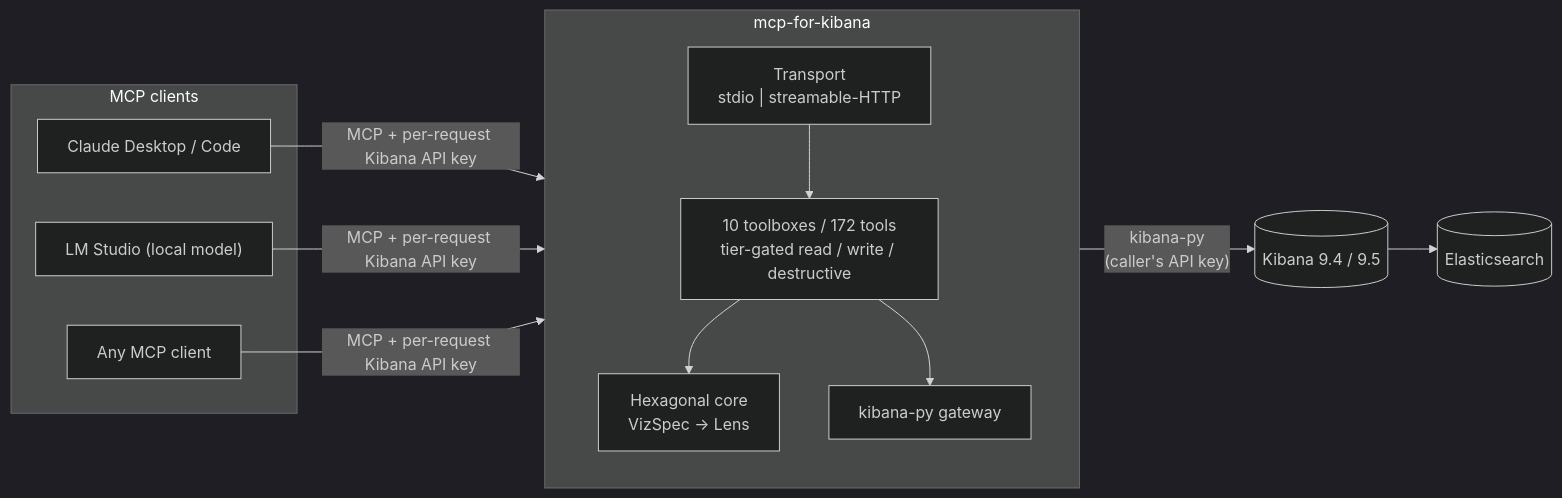
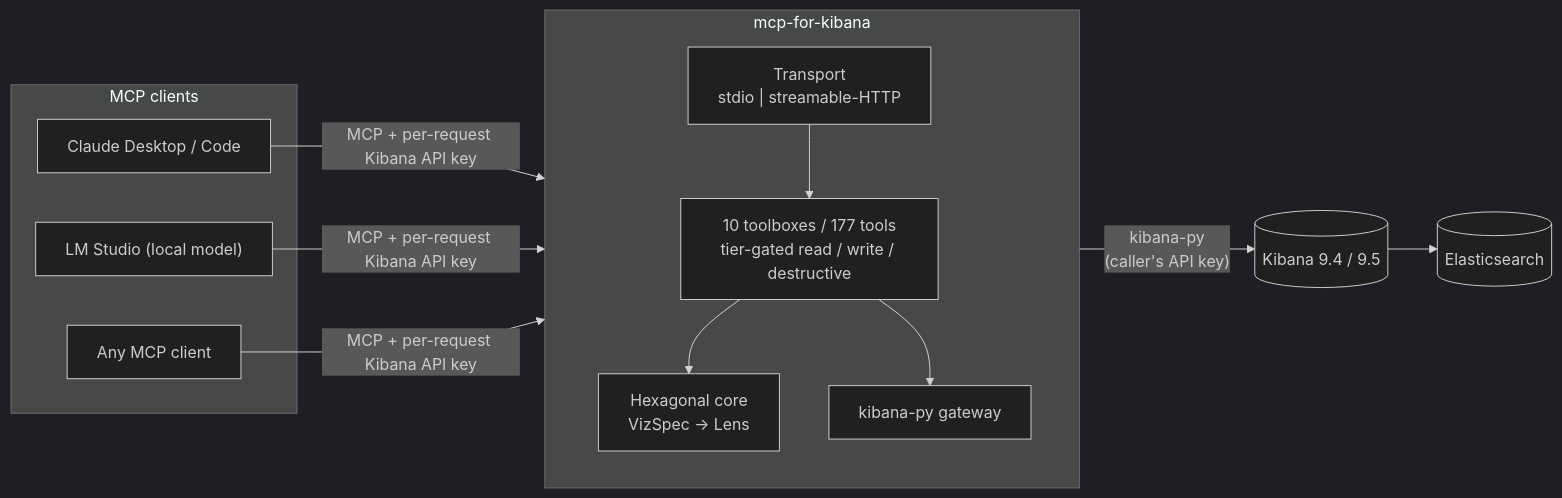
Before and after one commit to pedro-angel/mcp-for-kibana: the first of 4 diagrams in docs/architecture.md, drawn with Mermaid (dark theme). The commit also changed other lines of this file and 29 other files, not shown here.

````diff
--- a/docs/architecture.md
+++ b/docs/architecture.md
@@ -14,23 +14,23 @@
 ```mermaid
 flowchart LR
     subgraph clients["MCP clients"]
         Claude["Claude Desktop / Code"]
         LMS["LM Studio (local model)"]
         Other["Any MCP client"]
     end
     subgraph server["mcp-for-kibana"]
         direction TB
         Transport["Transport<br/>stdio | streamable-HTTP"]
-        Toolboxes["10 toolboxes / 172 tools<br/>tier-gated read / write / destructive"]
+        Toolboxes["10 toolboxes / 177 tools<br/>tier-gated read / write / destructive"]
         Core["Hexagonal core<br/>VizSpec → Lens"]
         Gateway["kibana-py gateway"]
         Transport --> Toolboxes --> Core
         Toolboxes --> Gateway
     end
     ES[("Elasticsearch")]
     Kibana[("Kibana 9.4 / 9.5")]
 
     Claude & LMS & Other -->|"MCP + per-request Kibana API key"| Transport
     Gateway -->|"kibana-py<br/>(caller's API key)"| Kibana
     Kibana --> ES
 ```
````
